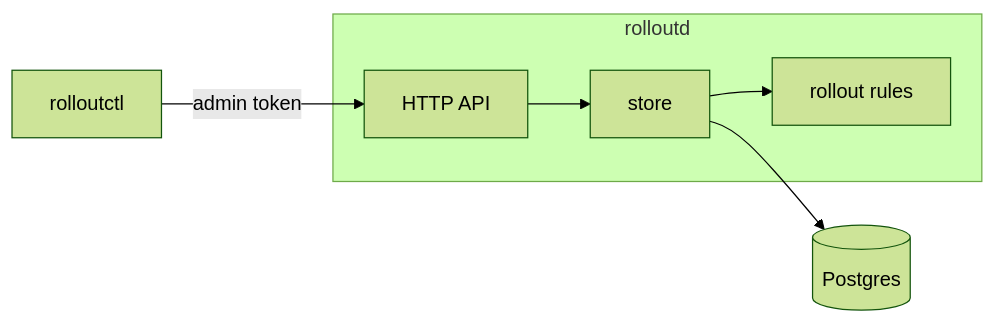
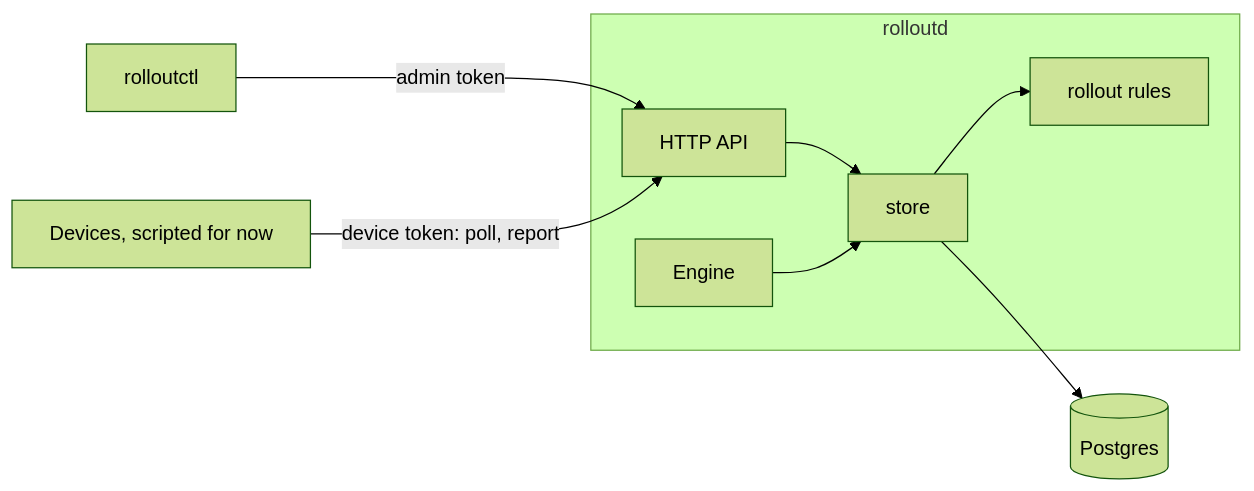
Before and after one commit to Bispulm/fleet-rollout: the first of 4 diagrams in docs/architecture.md, drawn with Mermaid (forest theme). The commit also changed other lines of this file and 3 other files, not shown here.

````diff
--- a/docs/architecture.md
+++ b/docs/architecture.md
@@ -8,9 +8,11 @@
 ```mermaid
 flowchart LR
     CLI[rolloutctl] -->|admin token| API
+    DEV[Devices, scripted for now] -->|device token: poll, report| API
     subgraph rolloutd
         API[HTTP API] --> STORE[store]
+        ENG[Engine] --> STORE
         STORE --> RULES[rollout rules]
     end
     STORE --> DB[(Postgres)]
 ```
````
